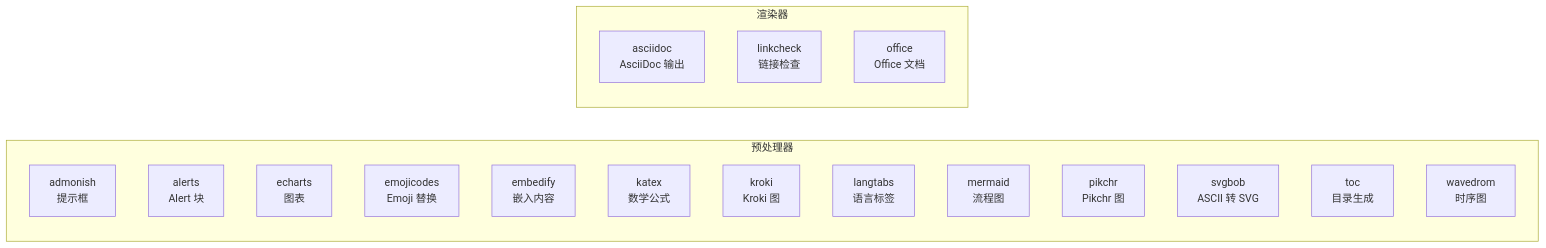
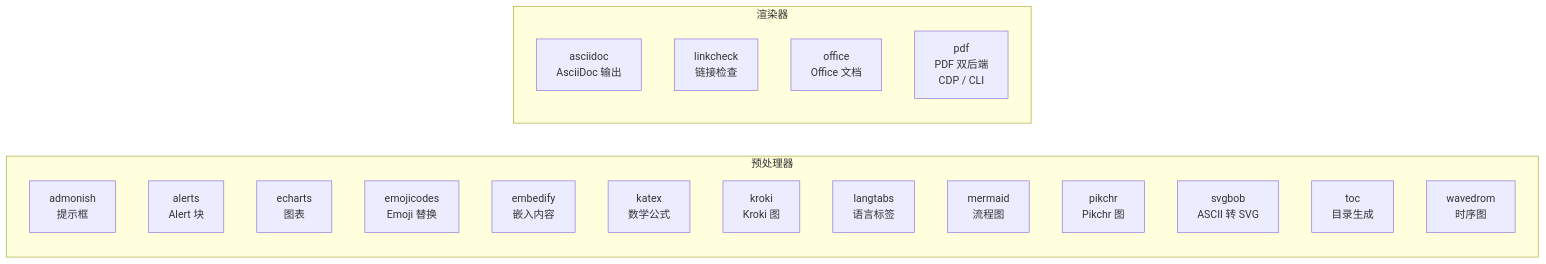
Before and after one commit to kuanghl/mdbook-plugins: the second of 3 diagrams in docs/src/architecture.md, drawn with Mermaid. The commit also changed other lines of this file and 16 other files, not shown here.

````diff
--- a/docs/src/architecture.md
+++ b/docs/src/architecture.md
@@ -80,24 +80,25 @@
 ```mermaid
 graph LR
     subgraph 预处理器
         A["admonish<br/>提示框"]
         B["alerts<br/>Alert 块"]
         C["echarts<br/>图表"]
         D["emojicodes<br/>Emoji 替换"]
         E["embedify<br/>嵌入内容"]
         F["katex<br/>数学公式"]
         G["kroki<br/>Kroki 图"]
         H["langtabs<br/>语言标签"]
         I["mermaid<br/>流程图"]
         J["pikchr<br/>Pikchr 图"]
         K["svgbob<br/>ASCII 转 SVG"]
         L["toc<br/>目录生成"]
         M["wavedrom<br/>时序图"]
     end
 
     subgraph 渲染器
         N["asciidoc<br/>AsciiDoc 输出"]
         O["linkcheck<br/>链接检查"]
         P["office<br/>Office 文档"]
+        Q["pdf<br/>PDF 双后端<br/>CDP / CLI"]
     end
 ```
````
